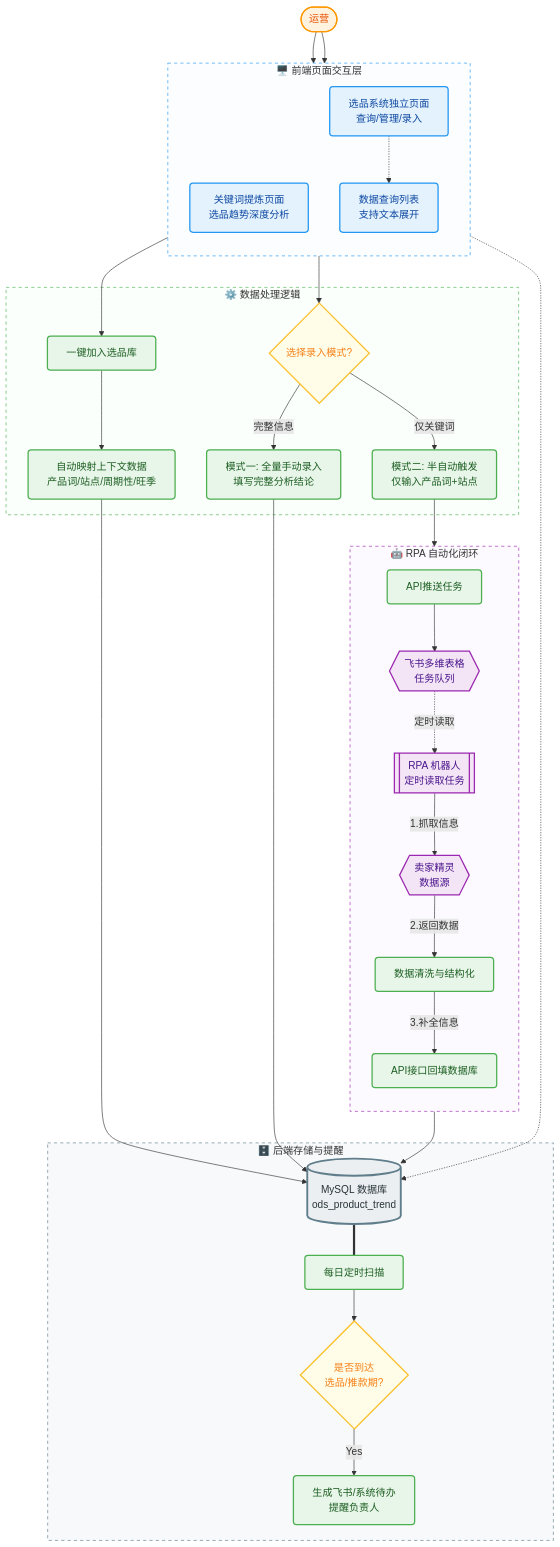
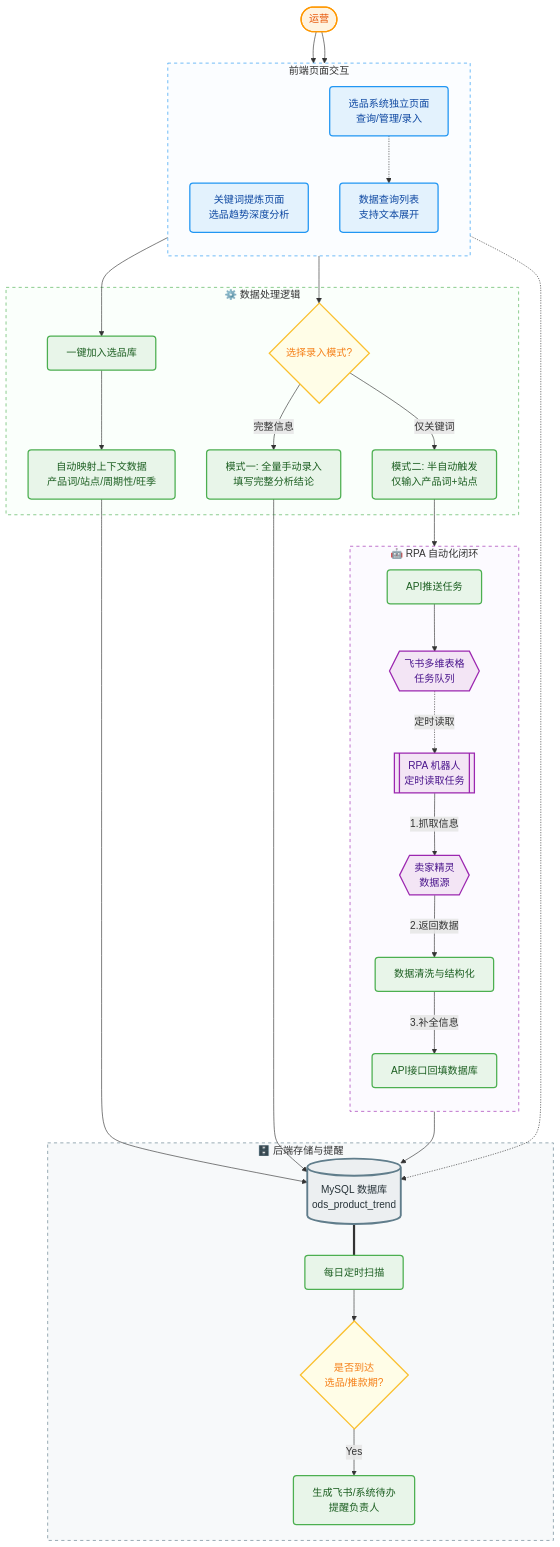
One commit to Fleve-MY/iodraw-files changed the diagram in all/未命名-1.md. Above: the diagram before and after it, drawn with Mermaid.

Commit message:
2026-01-07 17:43:03 update

```diff
--- a/all/未命名-1.md
+++ b/all/未命名-1.md
@@ -11,8 +11,8 @@
 
     User([运营]):::actorStyle
 
-    %% 区域1：前端页面交互
-    subgraph UI_Group [ 🖥️ 前端页面交互层 ]
+    %% 前端页面交互
+    subgraph UI_Group [ 前端页面交互 ]
         direction TB
         TrendPage[关键词提炼页面<br>选品趋势深度分析]:::uiStyle
         SystemPage[选品系统独立页面<br>查询/管理/录入]:::uiStyle
```
